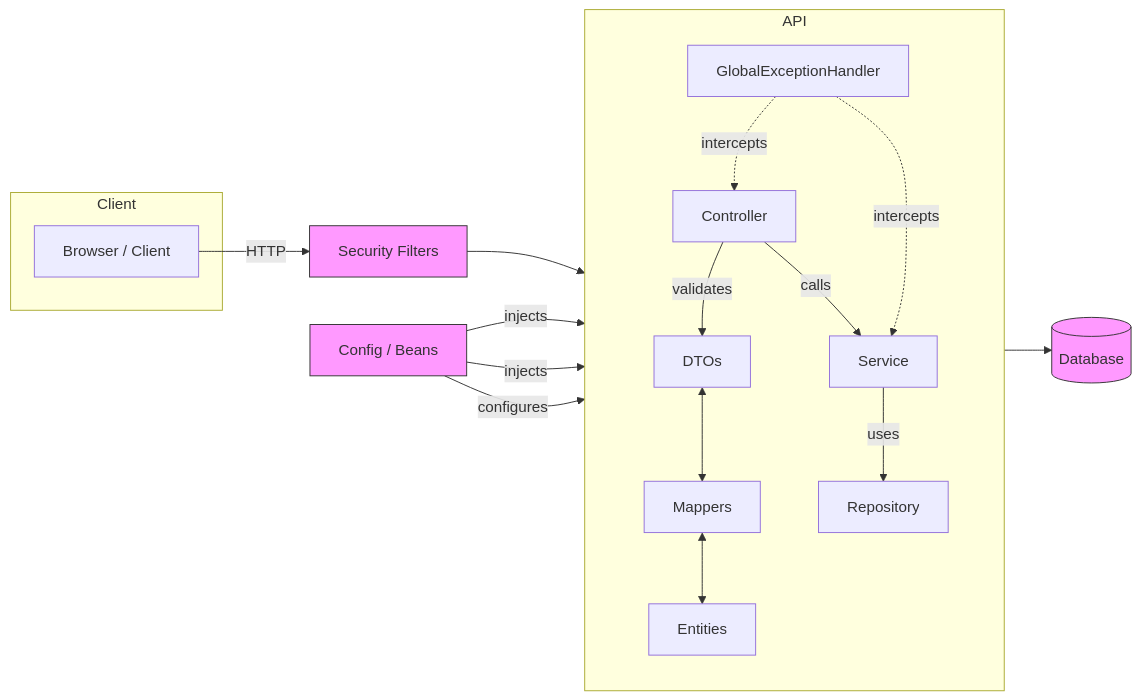
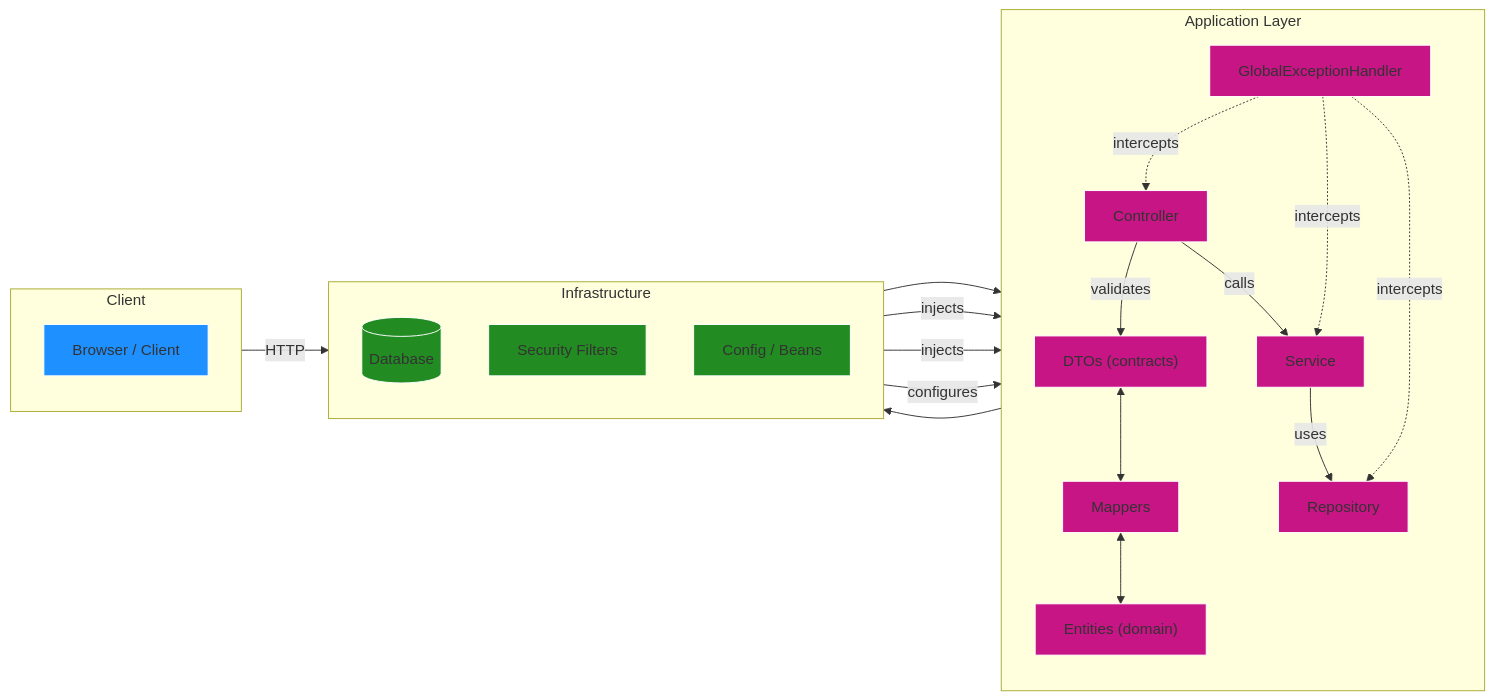
The diagram in README.md (Shiny-Syntax/aida-apiRESTful), drawn with Mermaid before and after one commit. The commit also changed other lines of this file, not shown here.

````diff
--- a/README.md
+++ b/README.md
@@ -352,38 +215,55 @@
 ```mermaid
 graph LR
-  subgraph Client[Client]
-    A[Browser / Client]
+  %% ===== CLIENT =====
+  subgraph Client["Client"]
+    direction TB
+    A["Browser / Client"]
   end
 
-  subgraph API[API]
+  %% ===== API =====
+  subgraph API["Application Layer"]
     direction TB
-    C[Controller]
-    D[DTOs]
-    M[Mappers]
-    S[Service]
-    R[Repository]
-    E[Entities]
-    EX[GlobalExceptionHandler]
+    C["Controller"]
+    D["DTOs (contracts)"]
+    M["Mappers"]
+    S["Service"]
+    R["Repository"]
+    E["Entities (domain)"]
+    EX["GlobalExceptionHandler"]
   end
 
-  DB[(Database)]
-  SEC[Security Filters]
-  CFG[Config / Beans]
+  %% ===== INFRA =====
+  subgraph Infra["Infrastructure"]
+    direction TB
+    DB[("Database")]
+    SEC["Security Filters"]
+    CFG["Config / Beans"]
+  end
 
+  %% ===== RELATIONSHIPS =====
   A -->|HTTP| SEC
   SEC --> C
   C -->|validates| D
   C -->|calls| S
+  %% mappers are used by controllers and services to transform DTO <-> Entity
   D <--> M
   M <--> E
   S -->|uses| R
   R --> DB
+  %% exception handler intercepts exceptions from controllers, services and repositories
   EX -.->|intercepts| C
   EX -.->|intercepts| S
+  EX -.->|intercepts| R
   CFG -->|injects| C
   CFG -->|injects| S
   CFG -->|configures| R
 
-  classDef infra fill:#f9f,stroke:#333,stroke-width:1px;
-  class CFG infra; class DB infra; class SEC infra;
+  %% ===== STYLES =====
+  classDef client fill:#1E90FF,stroke:#ffffff,stroke-width:1px;
+  classDef api fill:#C71585,stroke:#ffffff,stroke-width:1px;
+  classDef infra fill:#228B22,stroke:#ffffff,stroke-width:1px;
+  
+  class A client;
+  class C,D,M,S,R,E,EX api;
+  class CFG,DB,SEC infra;
 ```
````
